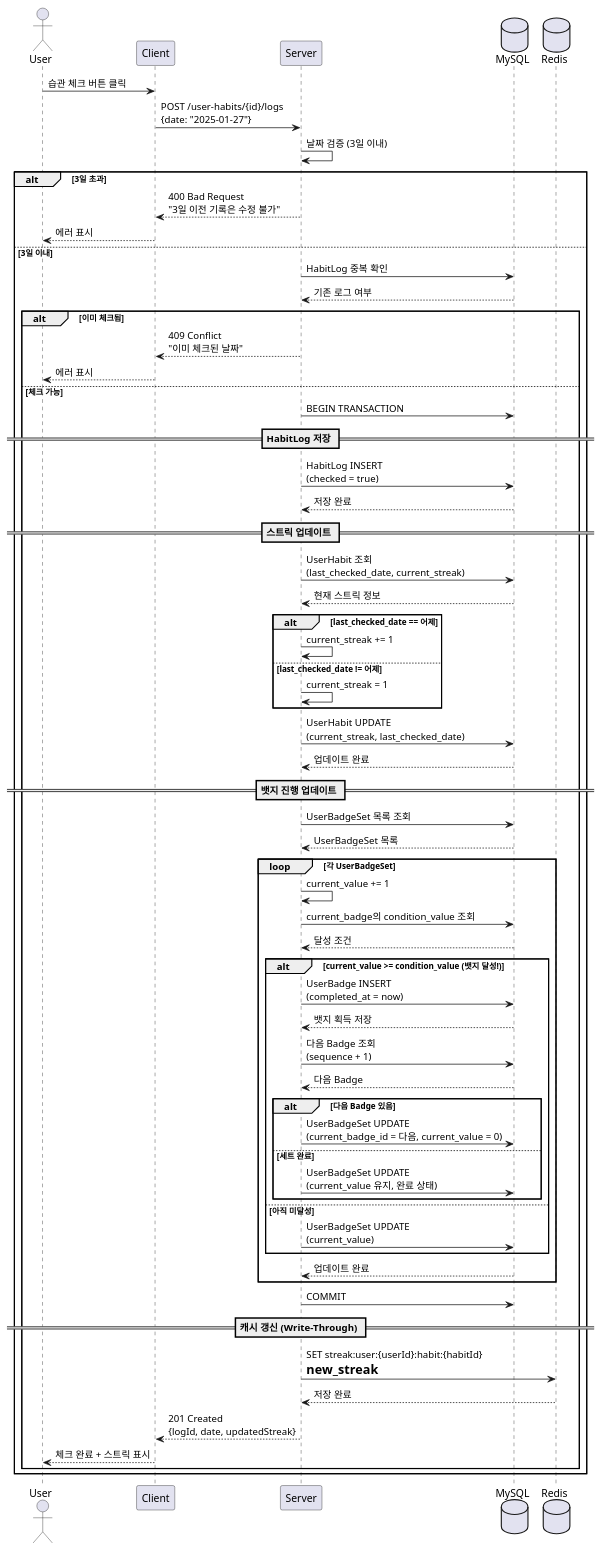
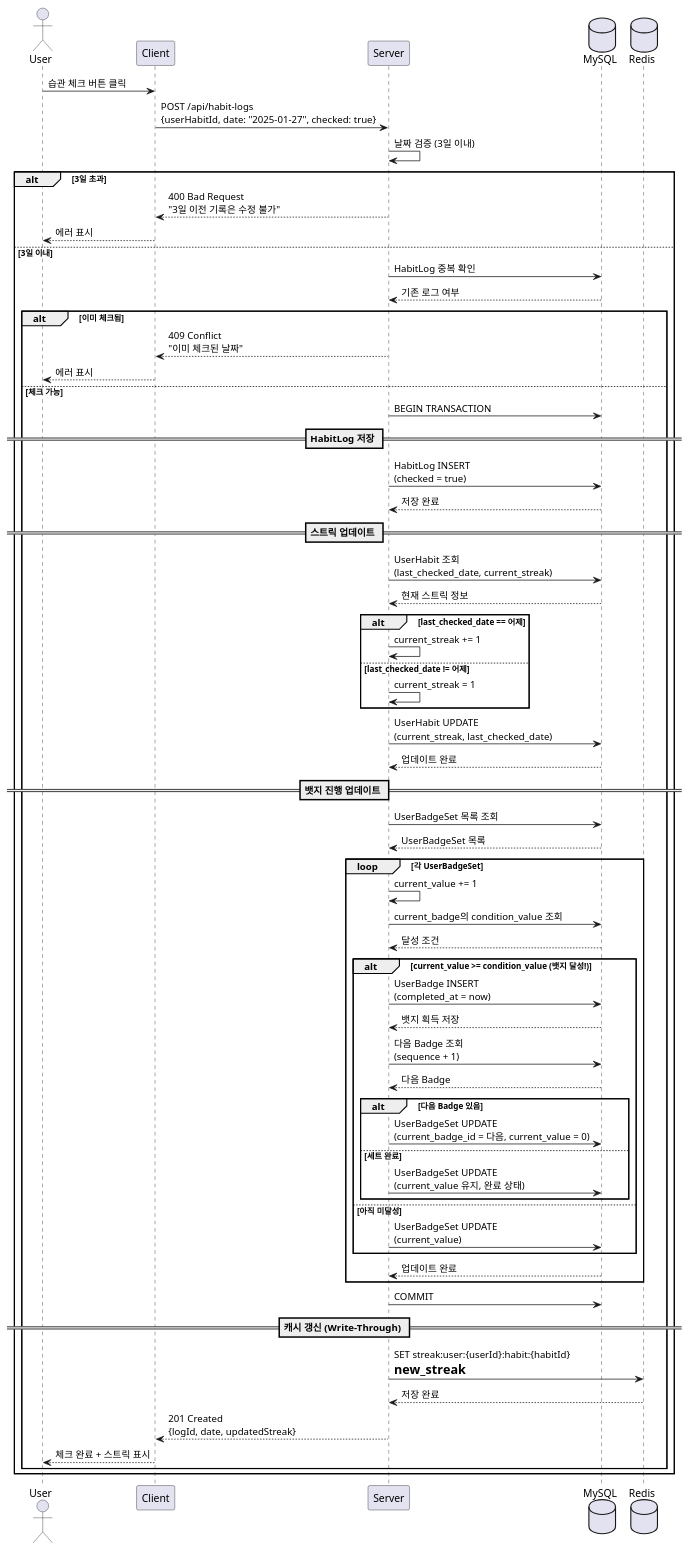
Before and after one commit to daily-one-page/daily-one-page-backend: diagram 14 of 29 in docs/sequence-diagram.md, drawn with PlantUML. The commit also changed other lines of this file and 38 other files, not shown here.

First line of the commit message:
docs: Sync API spec, ERD, Sequence Diagram and add Postman Collection

````diff
--- a/docs/sequence-diagram.md
+++ b/docs/sequence-diagram.md
@@ -448,81 +448,81 @@
 ```plantuml
 @startuml 오늘 습관 체크
 actor User
 participant Client
 participant Server
 database MySQL
 database Redis
 
 User -> Client: 습관 체크 버튼 클릭
-Client -> Server: POST /user-habits/{id}/logs\n{date: "2025-01-27"}
+Client -> Server: POST /api/habit-logs\n{userHabitId, date: "2025-01-27", checked: true}
 Server -> Server: 날짜 검증 (3일 이내)
 
 alt 3일 초과
     Server --> Client: 400 Bad Request\n"3일 이전 기록은 수정 불가"
     Client --> User: 에러 표시
 else 3일 이내
     Server -> MySQL: HabitLog 중복 확인
     MySQL --> Server: 기존 로그 여부
     
     alt 이미 체크됨
         Server --> Client: 409 Conflict\n"이미 체크된 날짜"
         Client --> User: 에러 표시
     else 체크 가능
         Server -> MySQL: BEGIN TRANSACTION
         
         == HabitLog 저장 ==
         Server -> MySQL: HabitLog INSERT\n(checked = true)
         MySQL --> Server: 저장 완료
         
         == 스트릭 업데이트 ==
         Server -> MySQL: UserHabit 조회\n(last_checked_date, current_streak)
         MySQL --> Server: 현재 스트릭 정보
         
         alt last_checked_date == 어제
             Server -> Server: current_streak += 1
         else last_checked_date != 어제
             Server -> Server: current_streak = 1
         end
         
         Server -> MySQL: UserHabit UPDATE\n(current_streak, last_checked_date)
         MySQL --> Server: 업데이트 완료
         
         == 뱃지 진행 업데이트 ==
         Server -> MySQL: UserBadgeSet 목록 조회
         MySQL --> Server: UserBadgeSet 목록
         
         loop 각 UserBadgeSet
             Server -> Server: current_value += 1
             Server -> MySQL: current_badge의 condition_value 조회
             MySQL --> Server: 달성 조건
             
             alt current_value >= condition_value (뱃지 달성!)
                 Server -> MySQL: UserBadge INSERT\n(completed_at = now)
                 MySQL --> Server: 뱃지 획득 저장
                 Server -> MySQL: 다음 Badge 조회\n(sequence + 1)
                 MySQL --> Server: 다음 Badge
                 
                 alt 다음 Badge 있음
                     Server -> MySQL: UserBadgeSet UPDATE\n(current_badge_id = 다음, current_value = 0)
                 else 세트 완료
                     Server -> MySQL: UserBadgeSet UPDATE\n(current_value 유지, 완료 상태)
                 end
             else 아직 미달성
                 Server -> MySQL: UserBadgeSet UPDATE\n(current_value)
             end
             MySQL --> Server: 업데이트 완료
         end
         
         Server -> MySQL: COMMIT
         
         == 캐시 갱신 (Write-Through) ==
         Server -> Redis: SET streak:user:{userId}:habit:{habitId}\n= new_streak
         Redis --> Server: 저장 완료
         
         Server --> Client: 201 Created\n{logId, date, updatedStreak}
         Client --> User: 체크 완료 + 스트릭 표시
     end
 end
 
 @enduml
 ```
````
